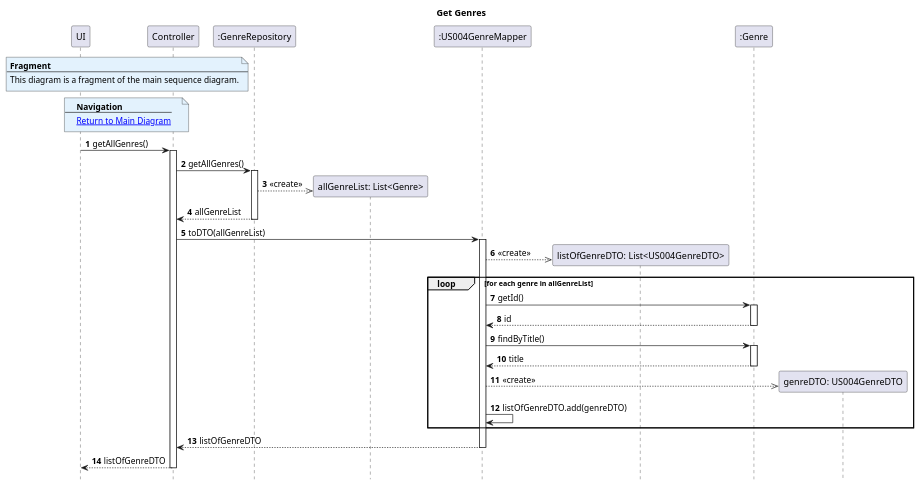
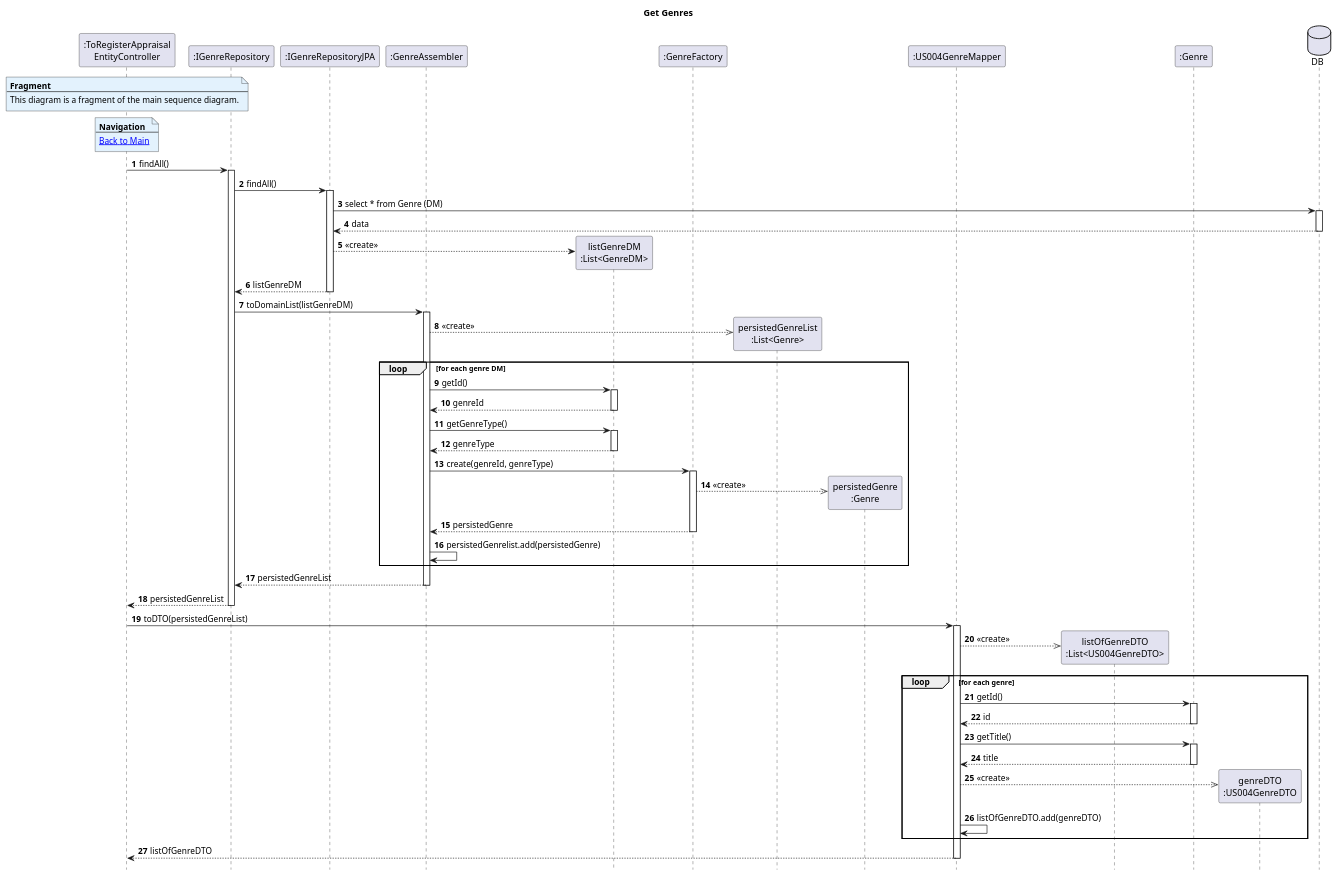
The diagram in Diagrams/SequenceDiagrams/N2/To-register-an-Appraisal-Entity/2.GetGenres.puml (AndrePereiraGitH/SWitCH-Project-Team_A), drawn with PlantUML before and after one commit. The commit also changed 4 other files, not shown here.

```diff
--- a/Diagrams/SequenceDiagrams/N2/To-register-an-Appraisal-Entity/2.GetGenres.puml
+++ b/Diagrams/SequenceDiagrams/N2/To-register-an-Appraisal-Entity/2.GetGenres.puml
@@ -1,62 +1,105 @@
 @startuml
 hide footbox
 autonumber
-
 title Get Genres
 
-note over UI, Controller #E3F2FD
+participant ":ToRegisterAppraisal\nEntityController" as Controller
+
+participant ":IGenreRepository" as GenreRepo
+participant ":IGenreRepositoryJPA" as RepoJPA
+participant ":GenreAssembler" as GenreAssembler
+participant "listGenreDM\n:List<GenreDM>" as GenreDMs
+participant ":GenreFactory" as GenreFactory
+participant "persistedGenreList\n:List<Genre>" as persistedGenreList
+participant "persistedGenre\n:Genre" as persistedGenre
+
+participant ":US004GenreMapper" as GenreMapper
+participant "listOfGenreDTO\n:List<US004GenreDTO>" as GenreDTO
+participant ":Genre" as Genre
+participant "genreDTO\n:US004GenreDTO" as GDTO
+
+database "DB" as DB
+
+note over Controller #E3F2FD
 <b>Fragment</b>
 ---
 This diagram is a fragment of the main sequence diagram.
 end note
 
-note over UI, Controller #E3F2FD
+note over Controller #E3F2FD
 <b>Navigation</b>
 ---
-[[1.MainDiagram.puml Return to Main Diagram]]
+[[1.MainDiagram.puml Back to Main]]
 end note
 
-participant ":UI" as UI
-participant ":ToRegisterAppraisalEntityController" as Controller
-participant ":GenreRepository" as GenreRepo
-participant "allGenreList: List<Genre>" as allGenreList
-participant ":US004GenreMapper" as GenreMapper
-participant "listOfGenreDTO: List<US004GenreDTO>" as listOfGenreDTO
-participant ":Genre" as Genre
-participant "genreDTO: US004GenreDTO" as genreDTO
+Controller -> GenreRepo : findAll()
+activate GenreRepo
 
-UI -> Controller : getAllGenres()
-activate Controller
+GenreRepo -> RepoJPA : findAll()
+activate RepoJPA
 
-Controller -> GenreRepo : getAllGenres()
-activate GenreRepo
-GenreRepo -->> allGenreList ** : <<create>>
-GenreRepo --> Controller : allGenreList
+RepoJPA -> DB : select * from Genre (DM)
+activate DB
+DB --> RepoJPA : data
+deactivate DB
+
+RepoJPA --> GenreDMs ** : <<create>>
+RepoJPA --> GenreRepo : listGenreDM
+deactivate RepoJPA
+
+GenreRepo -> GenreAssembler : toDomainList(listGenreDM)
+activate GenreAssembler
+
+GenreAssembler -->> persistedGenreList ** : <<create>>
+
+loop for each genre DM
+    GenreAssembler -> GenreDMs : getId()
+    activate GenreDMs
+    GenreDMs --> GenreAssembler : genreId
+    deactivate GenreDMs
+
+    GenreAssembler -> GenreDMs : getGenreType()
+    activate GenreDMs
+    GenreDMs --> GenreAssembler : genreType
+    deactivate GenreDMs
+
+    GenreAssembler -> GenreFactory : create(genreId, genreType)
+    activate GenreFactory
+    GenreFactory -->> persistedGenre ** : <<create>>
+    GenreFactory --> GenreAssembler : persistedGenre
+    deactivate GenreFactory
+
+    GenreAssembler -> GenreAssembler : persistedGenrelist.add(persistedGenre)
+end
+
+GenreAssembler --> GenreRepo : persistedGenreList
+deactivate GenreAssembler
+
+GenreRepo --> Controller : persistedGenreList
 deactivate GenreRepo
 
-Controller -> GenreMapper : toDTO(allGenreList)
+Controller -> GenreMapper : toDTO(persistedGenreList)
 activate GenreMapper
-GenreMapper -->> listOfGenreDTO ** : <<create>>
 
-loop for each genre in allGenreList
+GenreMapper -->> GenreDTO ** : <<create>>
+
+loop for each genre
     GenreMapper -> Genre : getId()
     activate Genre
     Genre --> GenreMapper : id
     deactivate Genre
 
-    GenreMapper -> Genre : findByTitle()
+    GenreMapper -> Genre : getTitle()
     activate Genre
     Genre --> GenreMapper : title
     deactivate Genre
 
-    GenreMapper -->> genreDTO ** : <<create>>
+    GenreMapper -->> GDTO ** : <<create>>
     GenreMapper -> GenreMapper : listOfGenreDTO.add(genreDTO)
 end
 
 GenreMapper --> Controller : listOfGenreDTO
 deactivate GenreMapper
 
-Controller --> UI : listOfGenreDTO
-deactivate Controller
 
 @enduml
```
